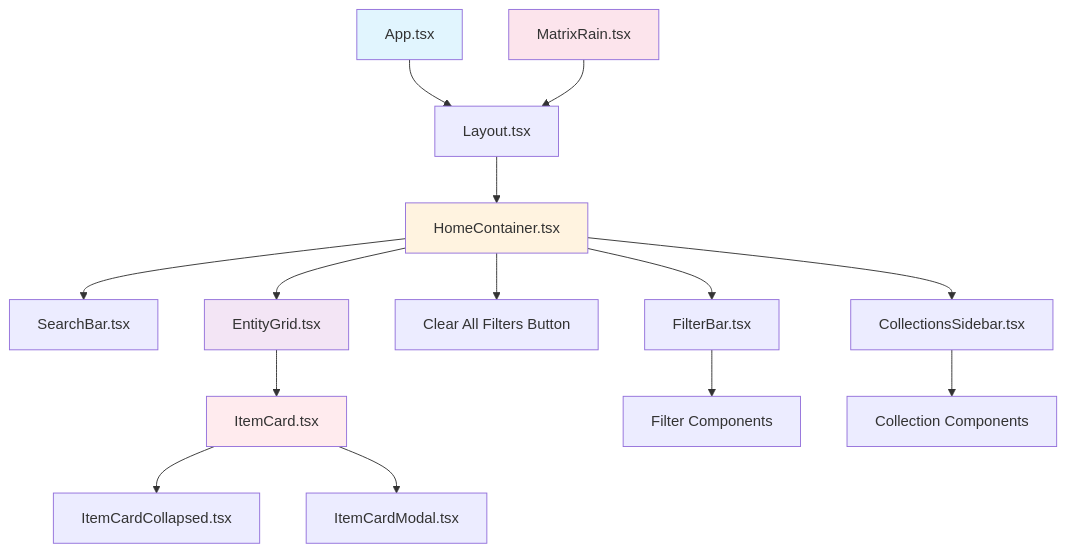
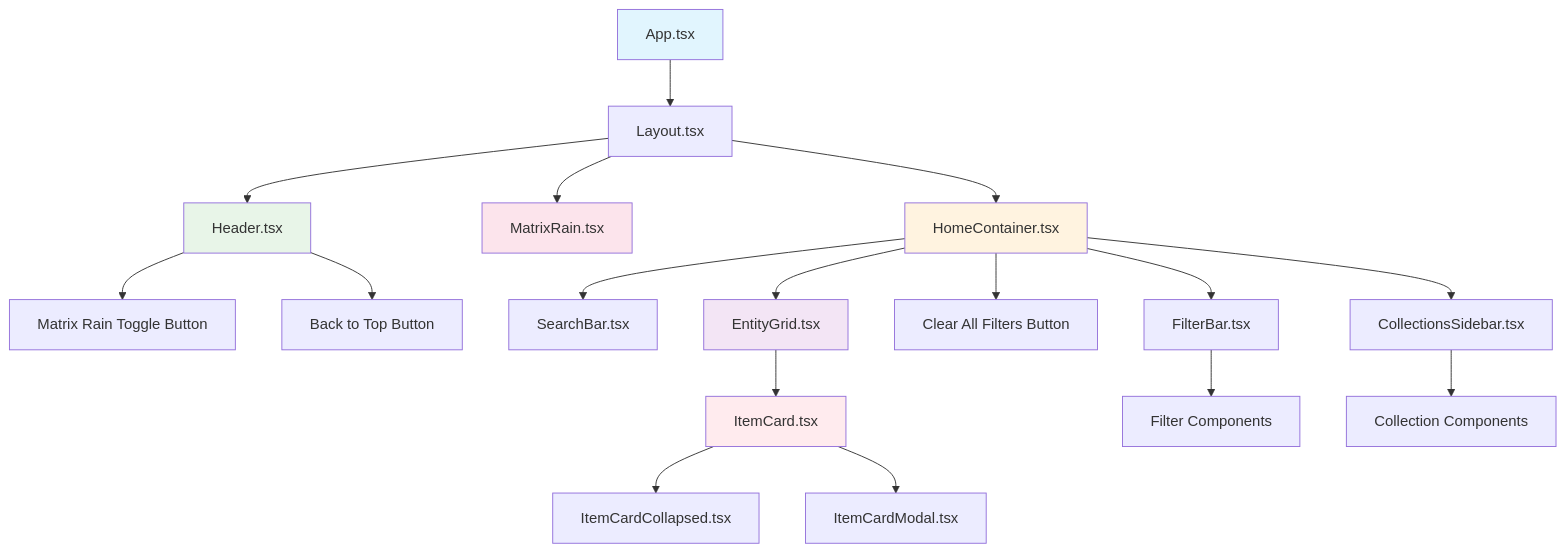
One commit to AustroMelee/Austros-ATLA-World changed the fifth of 18 diagrams in docs/data flow.md. Above: the diagram before and after it, drawn with Mermaid. The commit also changed other lines of this file and 132 other files, not shown here.

````diff
--- a/docs/data flow.md
+++ b/docs/data flow.md
@@ -128,25 +145,30 @@
 ```mermaid
 graph TD
     A[App.tsx] --> B[Layout.tsx]
-    B --> C[HomeContainer.tsx]
-    C --> D[SearchBar.tsx]
-    C --> E[FilterBar.tsx]
-    C --> F[Clear All Filters Button]
-    C --> G[EntityGrid.tsx]
-    C --> H[CollectionsSidebar.tsx]
+    B --> C[Header.tsx]
+    B --> D[MatrixRain.tsx]
+    B --> E[HomeContainer.tsx]
     
-    G --> I[ItemCard.tsx]
-    I --> J[ItemCardCollapsed.tsx]
-    I --> K[ItemCardModal.tsx]
+    C --> F[Matrix Rain Toggle Button]
+    C --> G[Back to Top Button]
     
-    E --> L[Filter Components]
-    H --> M[Collection Components]
+    E --> H[SearchBar.tsx]
+    E --> I[FilterBar.tsx]
+    E --> J[Clear All Filters Button]
+    E --> K[EntityGrid.tsx]
+    E --> L[CollectionsSidebar.tsx]
     
-    N[MatrixRain.tsx] --> B
+    K --> M[ItemCard.tsx]
+    M --> N[ItemCardCollapsed.tsx]
+    M --> O[ItemCardModal.tsx]
+    
+    I --> P[Filter Components]
+    L --> Q[Collection Components]
     
     style A fill:#e1f5fe
-    style C fill:#fff3e0
-    style G fill:#f3e5f5
-    style I fill:#ffebee
-    style N fill:#fce4ec
+    style E fill:#fff3e0
+    style K fill:#f3e5f5
+    style M fill:#ffebee
+    style D fill:#fce4ec
+    style C fill:#e8f5e8
 ```
````
